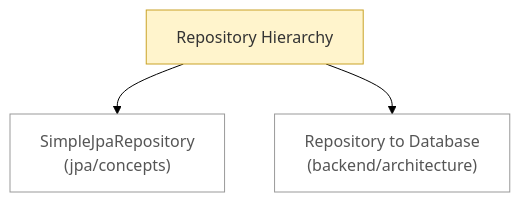
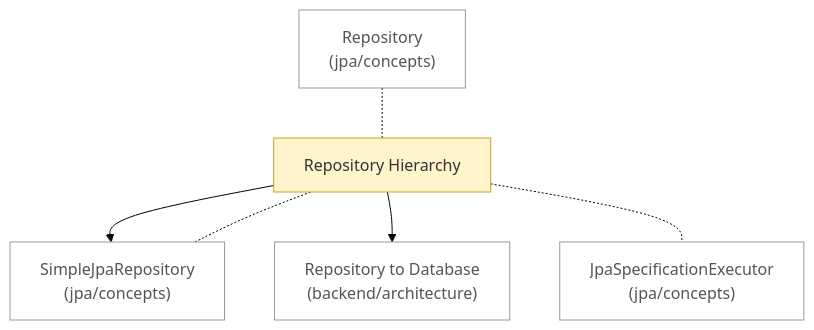
The diagram in notes/backend/spring/data/jpa/architecture/README.md (Pizza-Mozzarella/self-learning), drawn with Mermaid (forest theme) before and after one commit. The commit also changed other lines of this file and 44 other files, not shown here.

````diff
--- a/notes/backend/spring/data/jpa/architecture/README.md
+++ b/notes/backend/spring/data/jpa/architecture/README.md
@@ -6,12 +6,17 @@
 ```mermaid
 flowchart TD
     n0["Repository Hierarchy"]:::draft
     n1["Repository to Database<br/>(backend/architecture)"]:::ext
-    n2["SimpleJpaRepository<br/>(jpa/concepts)"]:::ext
-    n0 --> n2
+    n2["JpaSpecificationExecutor<br/>(jpa/concepts)"]:::ext
+    n3["Repository<br/>(jpa/concepts)"]:::ext
+    n4["SimpleJpaRepository<br/>(jpa/concepts)"]:::ext
+    n0 --> n4
     n0 --> n1
+    n0 -.- n2
+    n3 -.- n0
+    n4 -.- n0
     classDef stub fill:#eeeeee,stroke:#999999,stroke-dasharray:4 3,color:#555555
     classDef draft fill:#fff4cc,stroke:#c9a227,color:#333333
     classDef ok fill:#d8f0dc,stroke:#3a9d5d,color:#222222
     classDef ext fill:#ffffff,stroke:#999999,color:#555555
 ```
````
